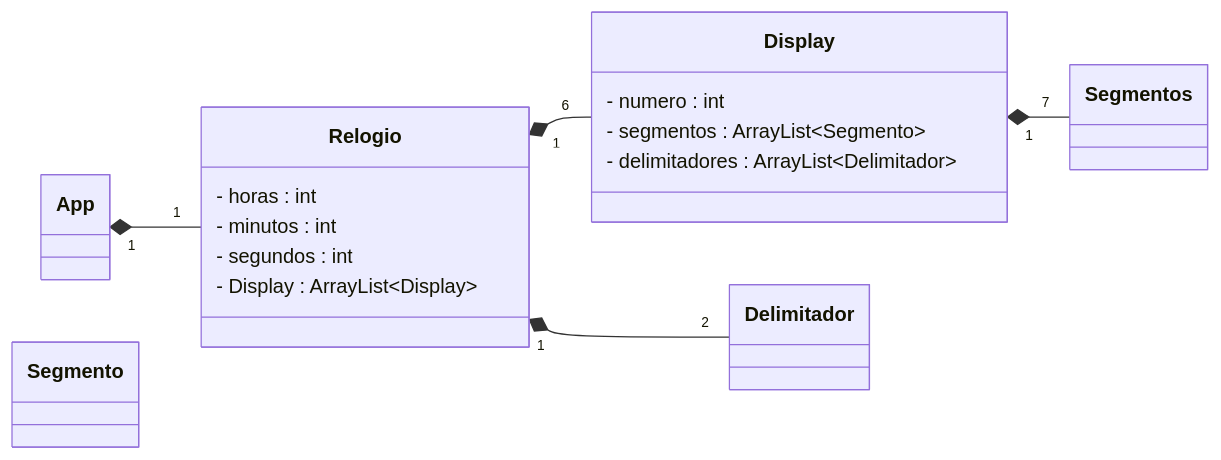
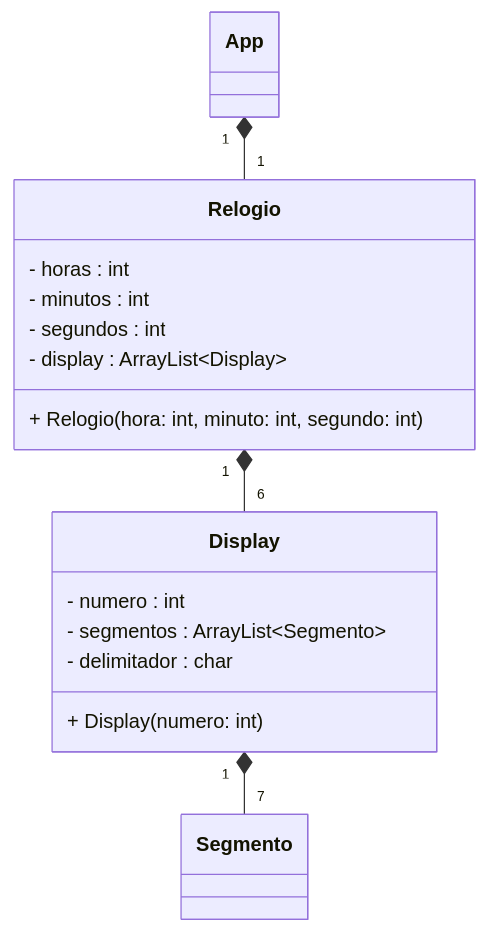
The diagram in lab_06/Readme.md (yanvpp/POO), drawn with Mermaid before and after one commit.

Commit message:
atualizando UML

````diff
--- a/lab_06/Readme.md
+++ b/lab_06/Readme.md
@@ -3,35 +3,31 @@
 ```mermaid
 classDiagram
-direction LR
+direction TB
 
     App"1" *-- "1"Relogio
     Relogio"1" *-- "6"Display
-    Display"1" *-- "7"Segmentos
-    Relogio"1" *-- "2"Delimitador
+    Display"1" *-- "7"Segmento
 
     class App {
 
     }
 
     class Relogio {
         - horas : int
         - minutos : int
         - segundos : int
-        - Display : ArrayList~Display~
+        - display : ArrayList~Display~
+        + Relogio(hora: int, minuto: int, segundo: int)
     }
 
     class Display {
         - numero : int
         - segmentos : ArrayList~Segmento~
-        - delimitadores : ArrayList~Delimitador~
-
+        - delimitador : char
+        + Display(numero: int)
     }
 
     class Segmento {
 
     }
-
-    class Delimitador {
-
-    }
 ```
````
